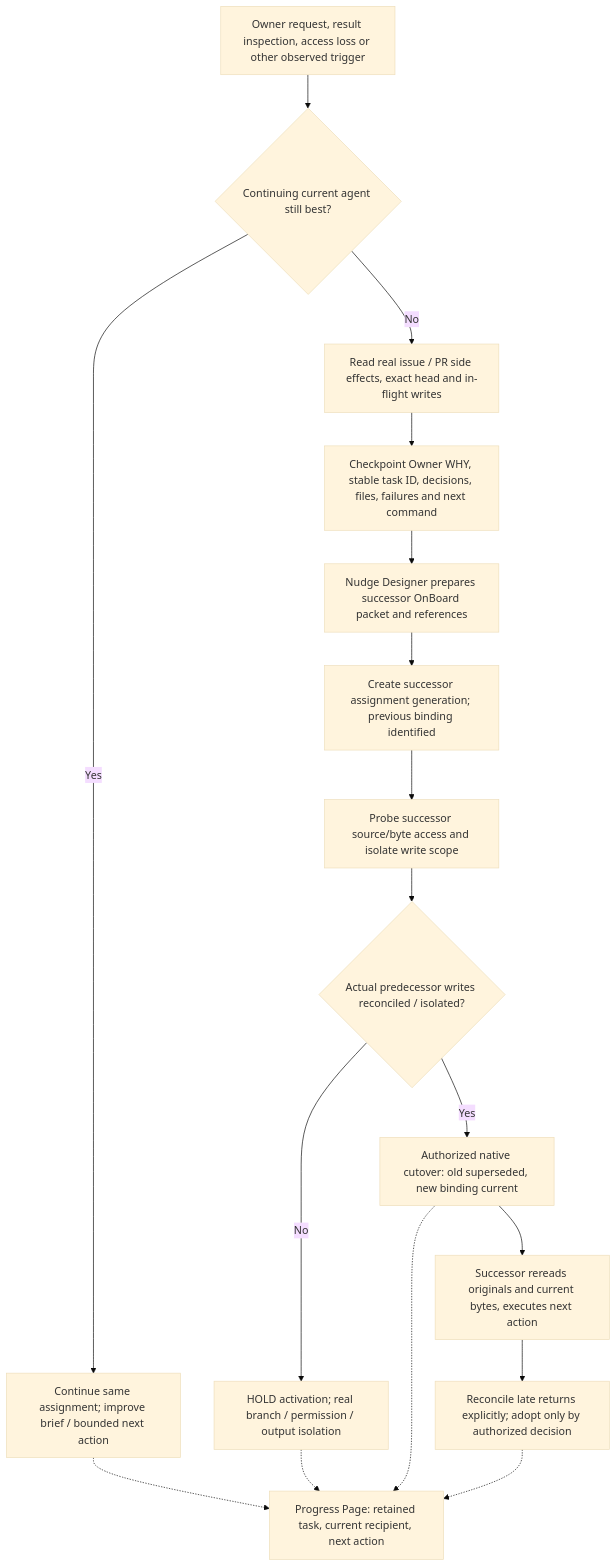
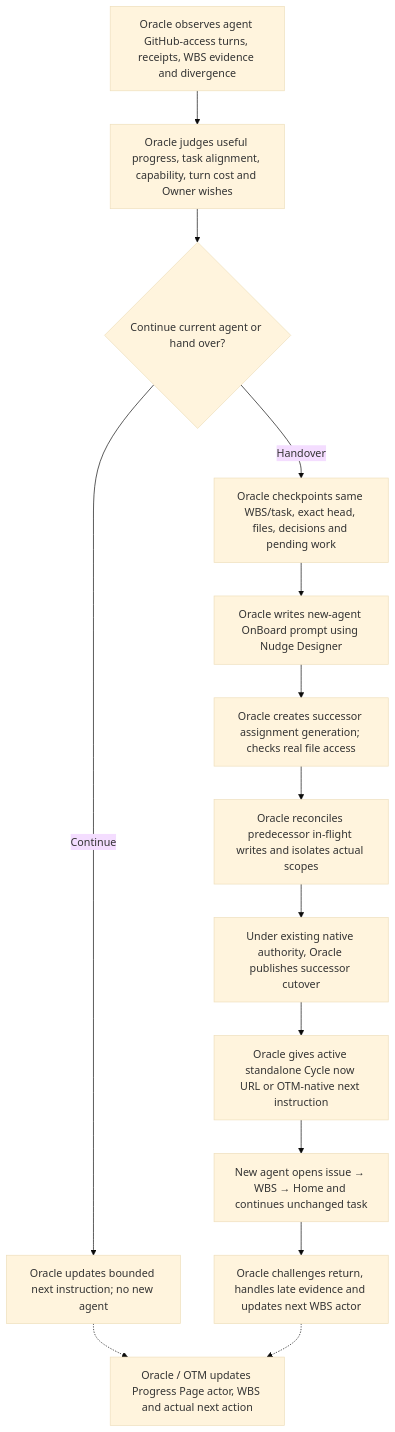
The fourth of 5 diagrams in skills/agent-work/ENTRY_PROCESS_MAPS.md (reallakshman19/Common), drawn with Mermaid (base theme) before and after one commit. The commit also changed other lines of this file, not shown here.

Commit message:
docs(agent-work): correct five maps for Oracle ownership, Cycle now, v3.6 and project Home

````diff
--- a/skills/agent-work/ENTRY_PROCESS_MAPS.md
+++ b/skills/agent-work/ENTRY_PROCESS_MAPS.md
@@ -106,19 +95,17 @@
 ```mermaid
 flowchart TD
-  D0["Owner request, result inspection, access loss or other observed trigger"] --> D1{"Continuing current agent still best?"}
-  D1 -->|Yes| DK["Continue same assignment; improve brief / bounded next action"]
-  D1 -->|No| D2["Read real issue / PR side effects, exact head and in-flight writes"]
-  D2 --> D3["Checkpoint Owner WHY, stable task ID, decisions, files, failures and next command"]
-  D3 --> D4["Nudge Designer prepares successor OnBoard packet and references"]
-  D4 --> D5["Create successor assignment generation; previous binding identified"]
-  D5 --> D6["Probe successor source/byte access and isolate write scope"]
-  D6 --> D7{"Actual predecessor writes reconciled / isolated?"}
-  D7 -->|No| DH["HOLD activation; real branch / permission / output isolation"]
-  D7 -->|Yes| D8["Authorized native cutover: old superseded, new binding current"]
-  D8 --> D9["Successor rereads originals and current bytes, executes next action"]
-  D9 --> D10["Reconcile late returns explicitly; adopt only by authorized decision"]
-  DK -.-> DP["Progress Page: retained task, current recipient, next action"]
-  DH -.-> DP
-  D8 -.-> DP
-  D10 -.-> DP
+  D0["Oracle observes agent GitHub-access turns, receipts, WBS evidence and divergence"]
+  D0 --> D1["Oracle judges useful progress, task alignment, capability, turn cost and Owner wishes"]
+  D1 --> D2{"Continue current agent or hand over?"}
+  D2 -->|Continue| D3["Oracle updates bounded next instruction; no new agent"]
+  D2 -->|Handover| D4["Oracle checkpoints same WBS/task, exact head, files, decisions and pending work"]
+  D4 --> D5["Oracle writes new-agent OnBoard prompt using Nudge Designer"]
+  D5 --> D6["Oracle creates successor assignment generation; checks real file access"]
+  D6 --> D7["Oracle reconciles predecessor in-flight writes and isolates actual scopes"]
+  D7 --> D8["Under existing native authority, Oracle publishes successor cutover"]
+  D8 --> D9["Oracle gives active standalone Cycle now URL or OTM-native next instruction"]
+  D9 --> D10["New agent opens issue → WBS → Home and continues unchanged task"]
+  D10 --> D11["Oracle challenges return, handles late evidence and updates next WBS actor"]
+  D3 -.-> DP["Oracle / OTM updates Progress Page actor, WBS and actual next action"]
+  D11 -.-> DP
 ```
````
